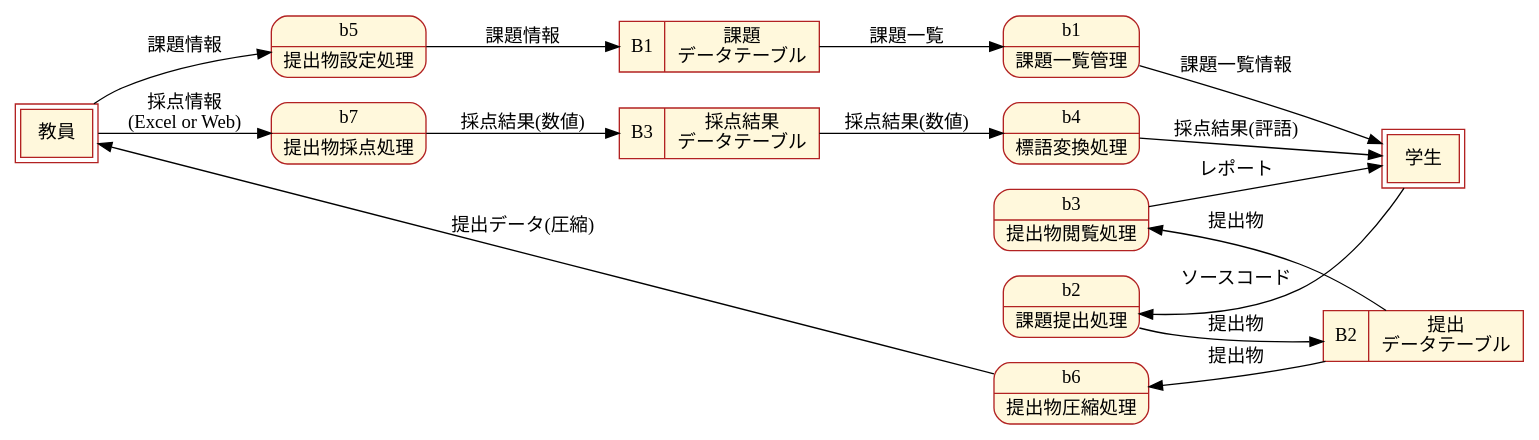
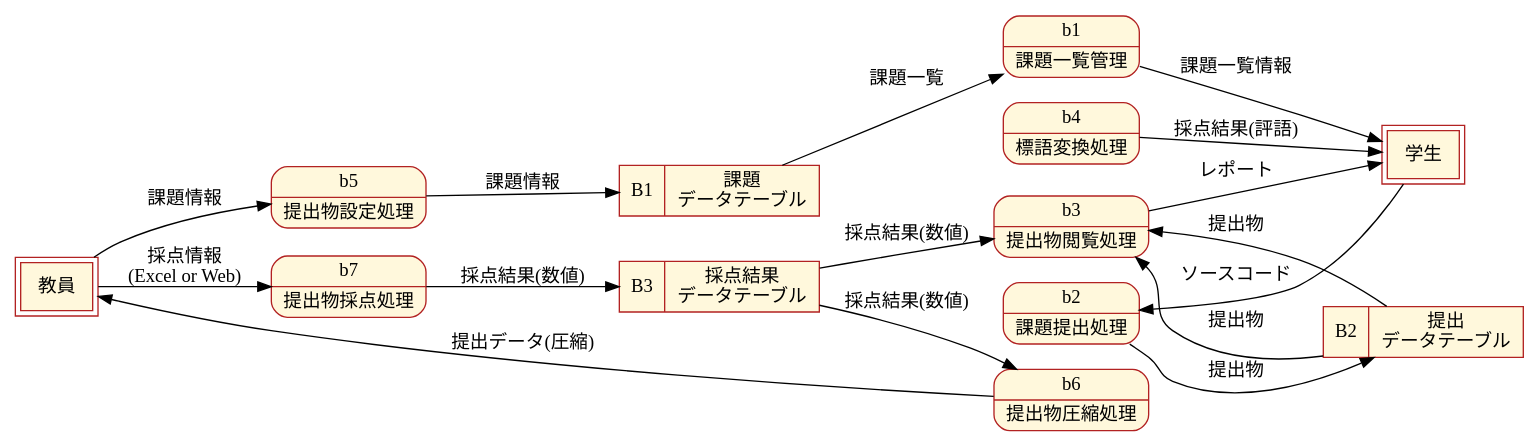
One commit to kumokumo1653/softwareEngineering changed the diagram in reportSystem/Level2B.dot. Above: the diagram before and after it, drawn with Graphviz. The commit also changed 2 other files, not shown here.

```diff
--- a/reportSystem/Level2B.dot
+++ b/reportSystem/Level2B.dot
@@ -1,148 +1,152 @@
 digraph dfd {
   graph [fontname = "MS Gothic",
   rankdir = LR];
   node [fontname = "MS Gothic", style = "filled", fillcolor = cornsilk, color = firebrick];
   edge [fontname = "MS Gothic"];
 
   student [
     label = "学生",
     shape = box,
     peripheries = 2
   ];
 
   teacher [
     label = "教員",
     shape = box,
     peripheries = 2
   ];
 
 
   taskBase [
     label = "{<id> B1 |<label> 課題\nデータテーブル}",
     shape=record
   ];
 
   submitBase [
     label = "{<id> B2 |<label> 提出\nデータテーブル}",
     shape=record
   ];
 
   resultBase [
     label = "{<id> B3 |<label> 採点結果\nデータテーブル}",
     shape=record
   ];
 
   viewTask [
     label = "<id> b1|<label> 課題一覧管理",
     shape = record,
     style = "rounded,filled",
     fillcolor = cornsilk
   ];
 
   submit [
     label = "<id> b2|<label> 課題提出処理",
     shape = record,
     style = "rounded,filled",
     fillcolor = cornsilk
   ]; 
 
   viewProg [
     label = "<id> b3|<label> 提出物閲覧処理",
     shape = record,
     style = "rounded,filled",
     fillcolor = cornsilk
   ];
 
   resultProcess [
     label = "<id> b4|<label> 標語変換処理",
     shape = record,
     style = "rounded,filled",
     fillcolor = cornsilk
   ]
 
   setTask [
     label = "<id> b5|<label> 提出物設定処理",
     shape = record,
     style = "rounded,filled",
     fillcolor = cornsilk
   ];
   
   getTask [
     label = "<id> b6|<label> 提出物圧縮処理",
     shape = record,
     style = "rounded,filled",
     fillcolor = cornsilk
   ];
 
   scoreTask [
     label = "<id> b7|<label> 提出物採点処理",
     shape = record,
     style = "rounded,filled",
     fillcolor = cornsilk
   ];
 
   viewTask -> student[
     label="課題一覧情報"
   ];
 
 
   taskBase -> viewTask[
     label="課題一覧"
   ];
 
 
   student -> submit [
     label = "ソースコード"
   ];
 
   submit -> submitBase [
     label = "提出物"
   ];
 
   submitBase -> viewProg [
     label = "提出物"
   ];
 
+  submitBase -> viewProg [
+    label = "提出物"
+  ];
+  
   viewProg -> student [
     label = "レポート"
   ]
 
-  resultBase -> resultProcess[
+  resultBase -> viewProg[
     label = "採点結果(数値)";
   ];
 
   resultProcess -> student[
     label = "採点結果(評語)";
   ]
 
 
   teacher -> setTask[
     label = "課題情報";
   ];
 
   setTask -> taskBase[
     label = "課題情報";
   ];
 
-  submitBase -> getTask[
-    label = "提出物";
+  resultBase -> getTask[
+    label = "採点結果(数値)";
   ];
 
   getTask -> teacher[
     label = "提出データ(圧縮)";
   ];
 
   teacher -> scoreTask [
     label = "採点情報\n(Excel or Web)";
   ];
 
   scoreTask -> resultBase [
     label = "採点結果(数値)";
   ];
 
 
   {rank = max; student;}
   {rank = min; teacher;}
   {rank = same; viewTask; submit; getTask; viewProg; resultProcess;}
   {rank = same; setTask; scoreTask;}
 }
```
